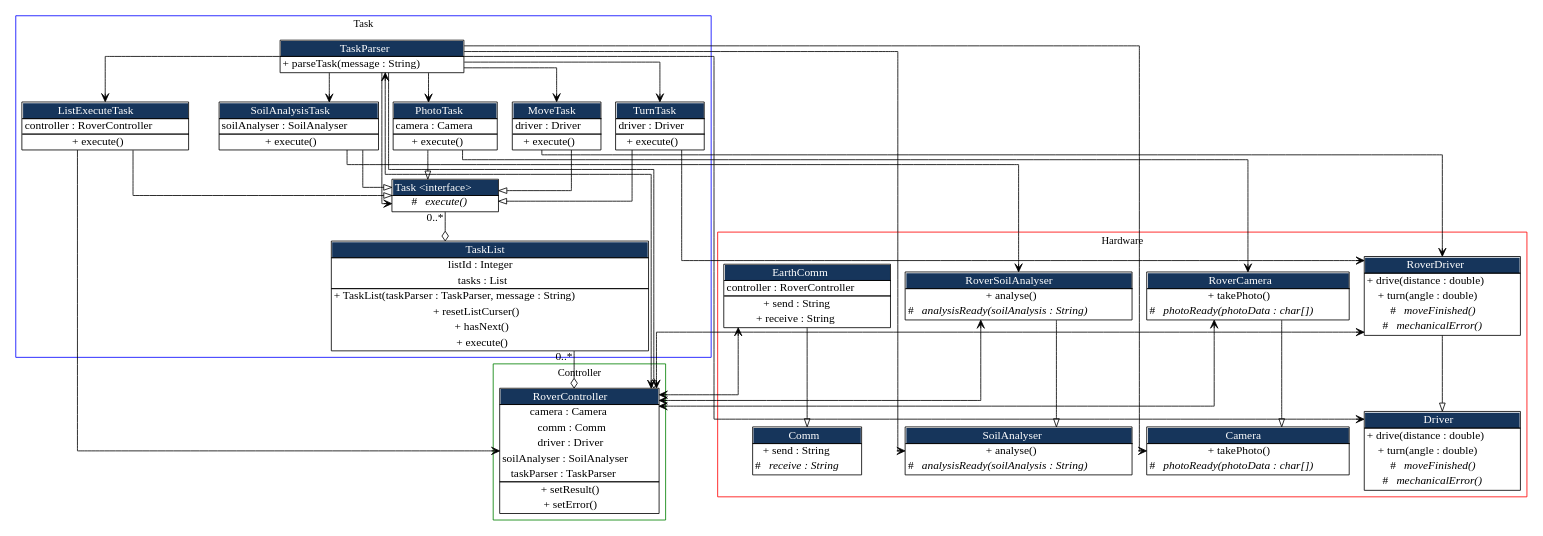
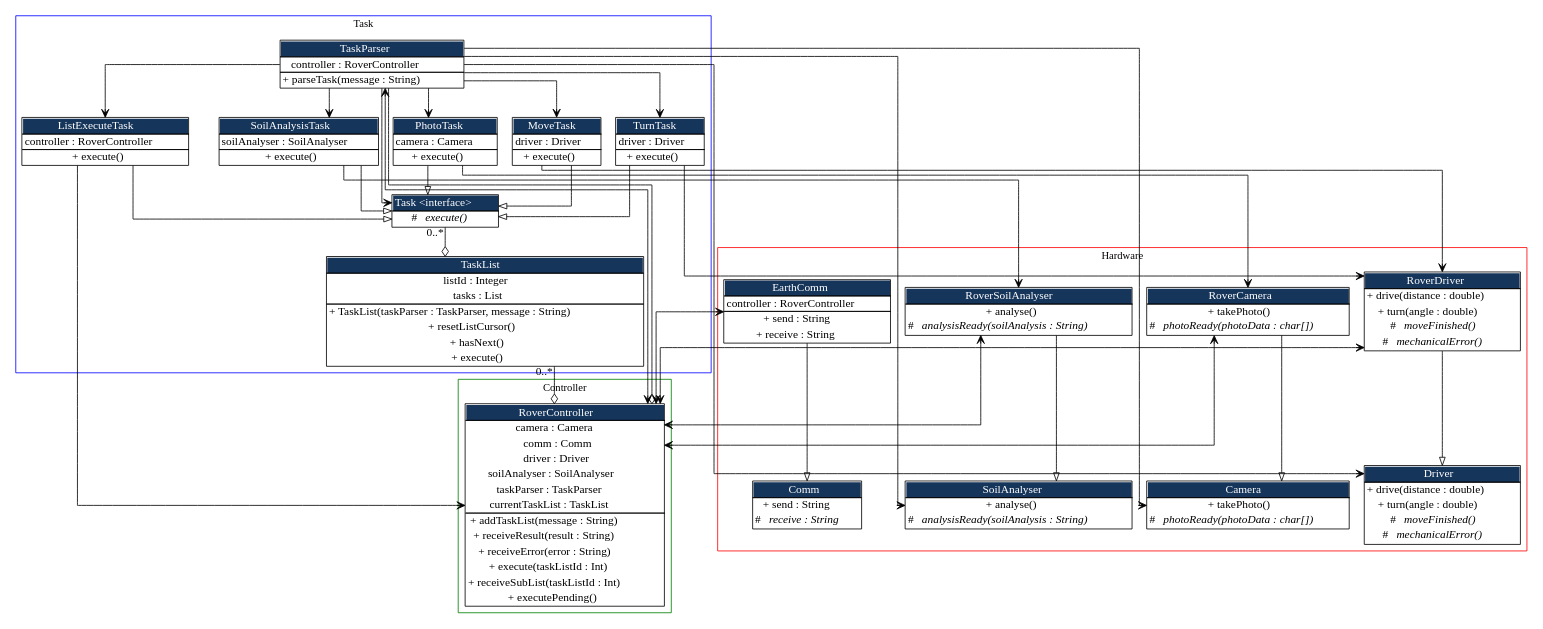
The diagram in doc/assignment.dot (LuminousMonkey/SE200-Assignment-2014-S2), drawn with Graphviz before and after one commit. The commit also changed 9 other files, not shown here.

```diff
--- a/doc/assignment.dot
+++ b/doc/assignment.dot
@@ -118,7 +118,7 @@
                                <tr><td>tasks : List</td></tr>
                                <hr/>
                                <tr><td>+ TaskList(taskParser : TaskParser, message : String)</td></tr>
-                               <tr><td>+ resetListCurser()</td></tr>
+                               <tr><td>+ resetListCursor()</td></tr>
                                <tr><td>+ hasNext()</td></tr>
                                <tr><td>+ execute()</td></tr>
                         </table>>
@@ -185,6 +185,8 @@
                label = <<table border="1" cellborder="0" cellspacing="0">
                <tr><td bgcolor="#16355b"><font color="white">TaskParser</font></td></tr>
                                <hr/>
+                               <tr><td>controller : RoverController</td></tr>
+                               <hr/>
                                <tr><td>+ parseTask(message : String)</td></tr>
                         </table>>
 
@@ -203,9 +205,14 @@
                                <tr><td>driver : Driver</td></tr>
                                <tr><td>soilAnalyser : SoilAnalyser</td></tr>
                                <tr><td>taskParser : TaskParser</td></tr>
+                               <tr><td>currentTaskList : TaskList</td></tr>
                                <hr/>
-                               <tr><td>+ setResult()</td></tr>
-                               <tr><td>+ setError()</td></tr>
+                               <tr><td>+ addTaskList(message : String)</td></tr>
+                               <tr><td>+ receiveResult(result : String)</td></tr>
+                               <tr><td>+ receiveError(error : String)</td></tr>
+                               <tr><td>+ execute(taskListId : Int)</td></tr>
+                               <tr><td>+ receiveSubList(taskListId : Int)</td></tr>
+                               <tr><td>+ executePending()</td></tr>
                         </table>>
 
         ]
```
